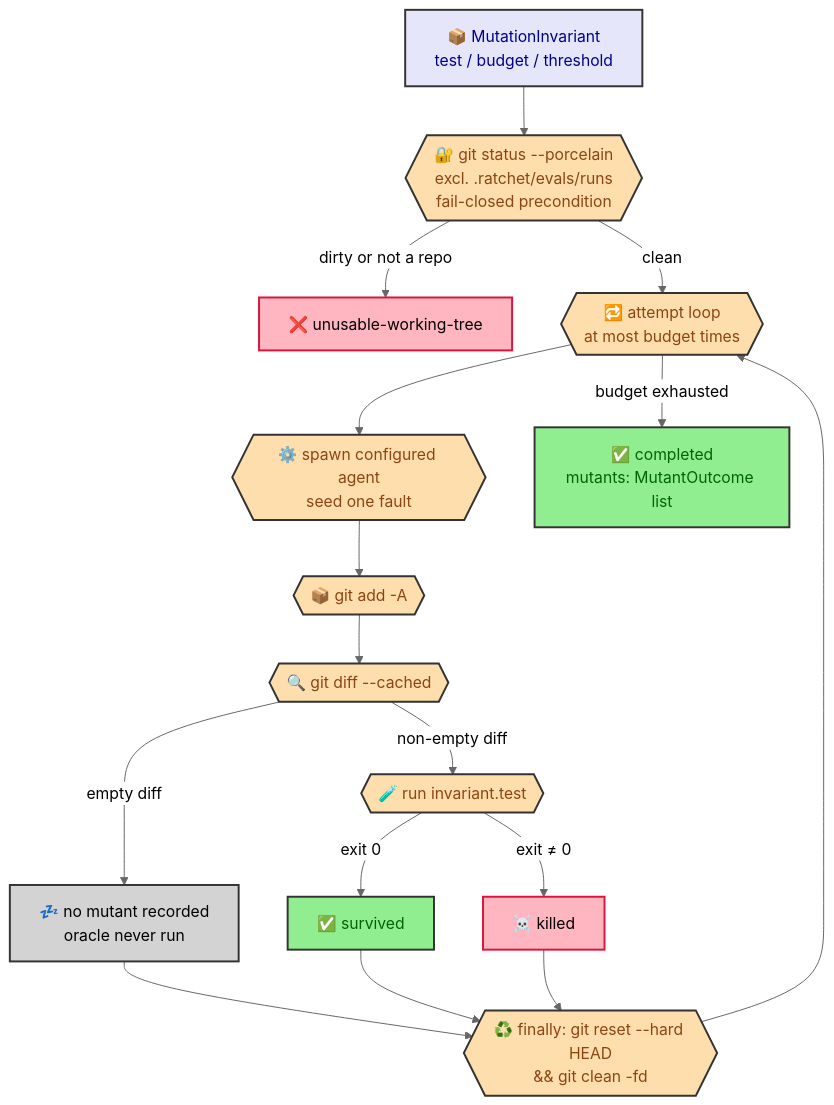
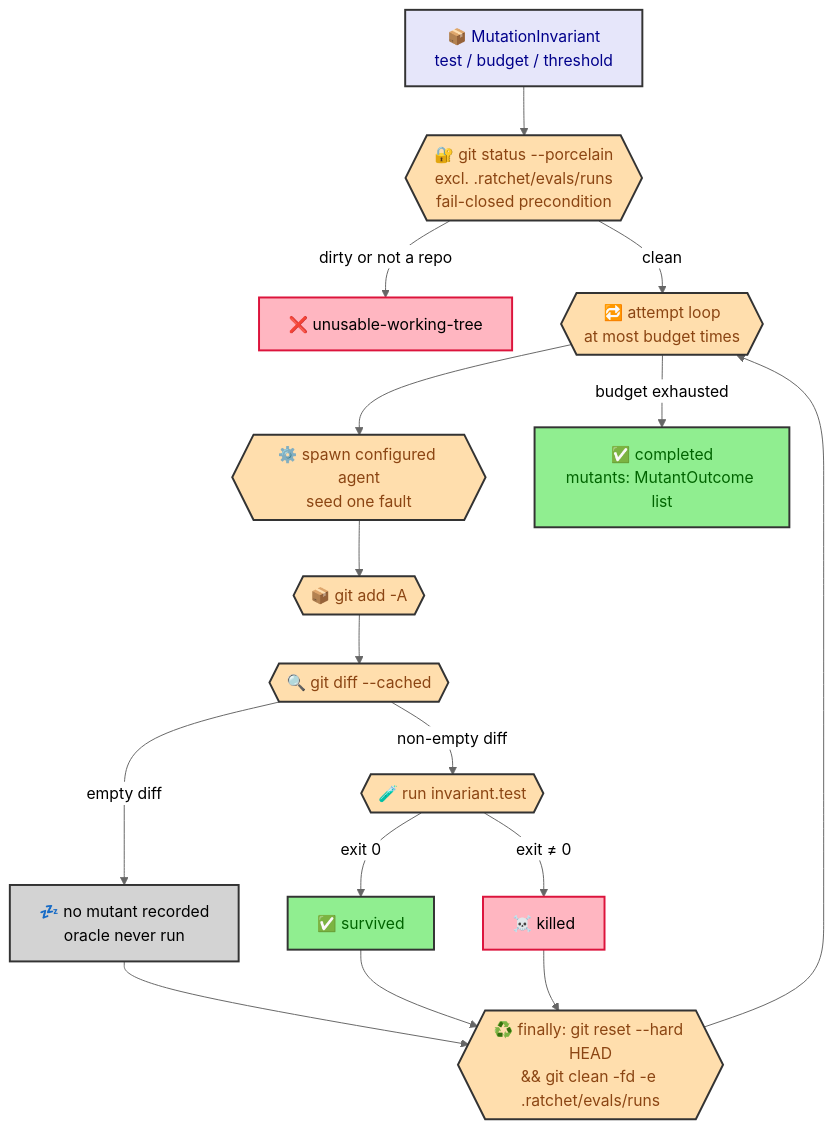
The diagram in docs/eval-mutation-harness.md (joctaTorres/ratchet), drawn with Mermaid (neutral theme) before and after one commit. The commit also changed other lines of this file and 5 other files, not shown here.

First line of the commit message:
fix(eval): scope mutation revert git clean to preserve the runs dir

````diff
--- a/docs/eval-mutation-harness.md
+++ b/docs/eval-mutation-harness.md
@@ -32,39 +32,39 @@
 ```mermaid
 flowchart TD
     INV[📦 MutationInvariant<br/>test / budget / threshold]
     PRECHECK{{🔐 git status --porcelain<br/>excl. .ratchet/evals/runs<br/>fail-closed precondition}}
     INV --> PRECHECK
     PRECHECK -->|dirty or not a repo| UNUSABLE[❌ unusable-working-tree]
 
     PRECHECK -->|clean| LOOP{{🔁 attempt loop<br/>at most budget times}}
 
     LOOP --> SPAWN{{⚙️ spawn configured agent<br/>seed one fault}}
     SPAWN --> STAGE{{📦 git add -A}}
     STAGE --> DIFF{{🔍 git diff --cached}}
 
     DIFF -->|empty diff| SKIP[💤 no mutant recorded<br/>oracle never run]
     SKIP --> REVERT
 
     DIFF -->|non-empty diff| ORACLE{{🧪 run invariant.test}}
     ORACLE -->|exit 0| SURVIVED[✅ survived]
     ORACLE -->|exit ≠ 0| KILLED[☠️ killed]
 
-    SURVIVED --> REVERT{{♻️ finally: git reset --hard HEAD<br/>&& git clean -fd}}
+    SURVIVED --> REVERT{{♻️ finally: git reset --hard HEAD<br/>&& git clean -fd -e .ratchet/evals/runs}}
     KILLED --> REVERT
     REVERT --> LOOP
 
     LOOP -->|budget exhausted| DONE[✅ completed<br/>mutants: MutantOutcome list]
 
     classDef input    fill:#E6E6FA,stroke:#333,stroke-width:2px,color:darkblue
     classDef step     fill:#FFDEAD,stroke:#333,stroke-width:2px,color:saddlebrown
     classDef proc     fill:#90EE90,stroke:#333,stroke-width:2px,color:darkgreen
     classDef success  fill:#90EE90,stroke:#333,stroke-width:2px,color:darkgreen
     classDef error    fill:#FFB6C1,stroke:#DC143C,stroke-width:2px,color:black
     classDef skip     fill:#D3D3D3,stroke:#333,stroke-width:2px,color:black
 
     class INV input
     class PRECHECK,LOOP,SPAWN,STAGE,DIFF,ORACLE,REVERT step
     class SURVIVED,DONE success
     class KILLED,UNUSABLE error
     class SKIP skip
 ```
````
